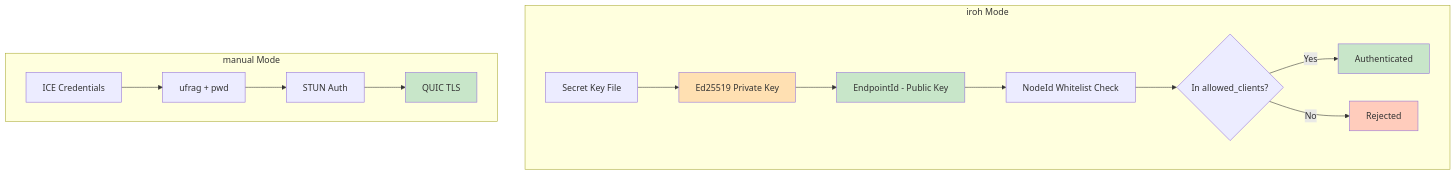
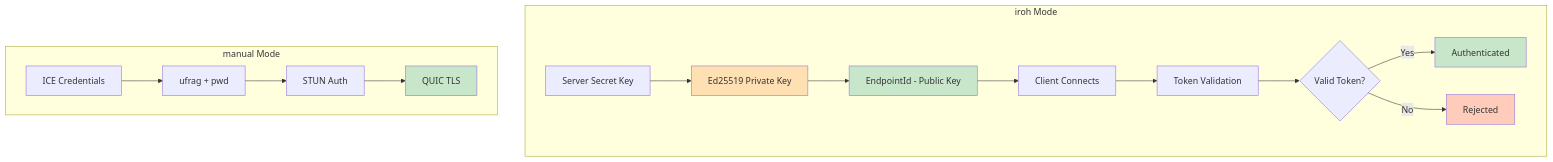
Before and after one commit to andrewtheguy/vpn-rs: diagram 26 of 35 in docs/ARCHITECTURE.md, drawn with Mermaid. The commit also changed other lines of this file and 11 other files, not shown here.

````diff
--- a/docs/ARCHITECTURE.md
+++ b/docs/ARCHITECTURE.md
@@ -1083,23 +1083,24 @@
 ```mermaid
 graph TB
     subgraph "iroh Mode"
-        A[Secret Key File] --> B[Ed25519 Private Key]
+        A[Server Secret Key] --> B[Ed25519 Private Key]
         B --> C[EndpointId - Public Key]
-        C --> D[NodeId Whitelist Check]
-        D --> E{In allowed_clients?}
-        E -->|Yes| F[Authenticated]
-        E -->|No| G[Rejected]
+        C --> D[Client Connects]
+        D --> E[Token Validation]
+        E --> F{Valid Token?}
+        F -->|Yes| G[Authenticated]
+        F -->|No| H[Rejected]
     end
 
     subgraph "manual Mode"
-        H[ICE Credentials] --> I[ufrag + pwd]
-        I --> J[STUN Auth]
-        J --> K[QUIC TLS]
+        I[ICE Credentials] --> J[ufrag + pwd]
+        J --> K[STUN Auth]
+        K --> L[QUIC TLS]
     end
 
     style B fill:#FFE0B2
     style C fill:#C8E6C9
-    style F fill:#C8E6C9
-    style G fill:#FFCCBC
-    style K fill:#C8E6C9
+    style G fill:#C8E6C9
+    style H fill:#FFCCBC
+    style L fill:#C8E6C9
 ```
````
